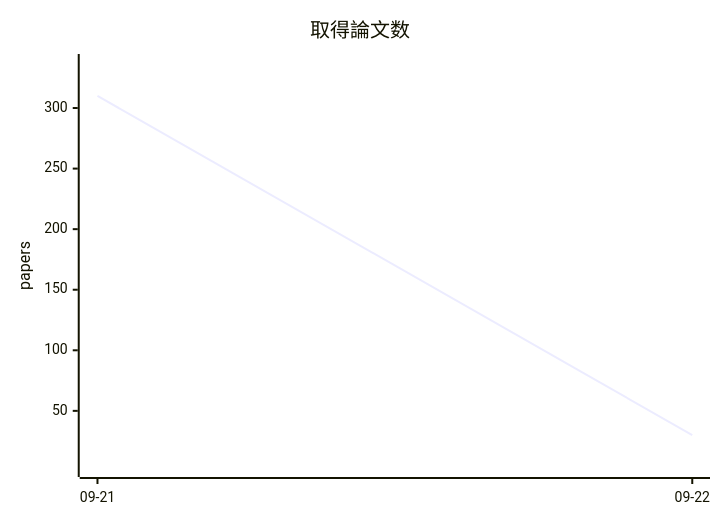
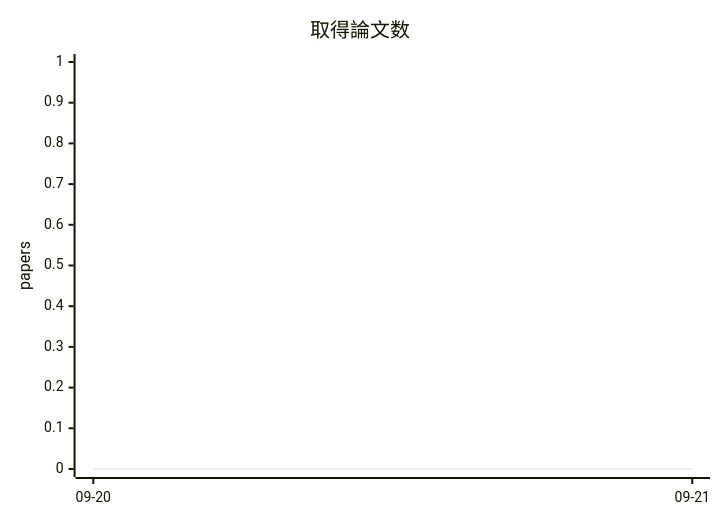
Before and after one commit to uzak0209/AI-Research: the diagram in docs/metrics-trend.md, drawn with Mermaid. The commit also changed other lines of this file and 3 other files, not shown here.

````diff
--- a/docs/metrics-trend.md
+++ b/docs/metrics-trend.md
@@ -67,7 +52,7 @@
 ```mermaid
 xychart-beta
     title "取得論文数"
-    x-axis ["09-21", "09-22"]
-    y-axis "papers" 2 --> 338
-    line [310, 30]
+    x-axis ["09-20", "09-21"]
+    y-axis "papers" 0 --> 1
+    line [0, 0]
 ```
````
